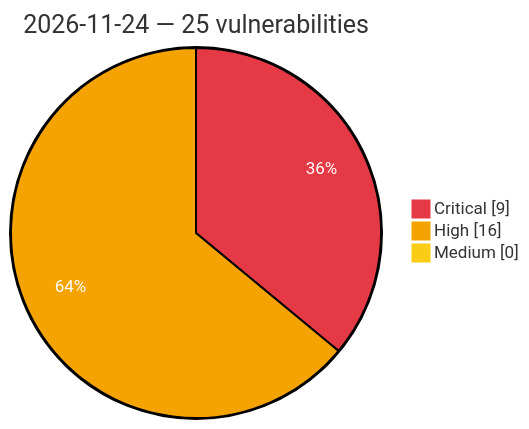
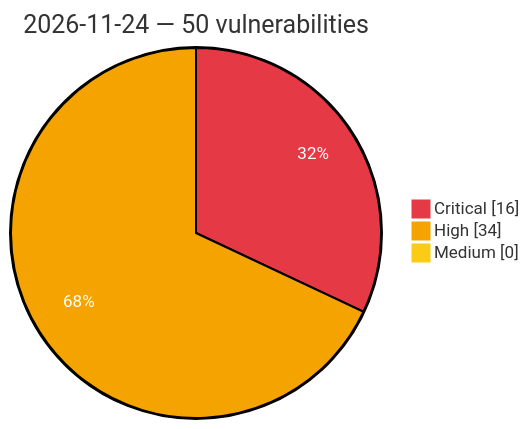
One commit to GhostX0X/vuln-tracker changed the diagram in vulnerabilities/2026/November/2026-11-24.md. Above: the diagram before and after it, drawn with Mermaid. The commit also changed other lines of this file and 5 other files, not shown here.

Commit message:
Auto update: critical/high vulns (2026-11-24 18:22 UTC)

````diff
--- a/vulnerabilities/2026/November/2026-11-24.md
+++ b/vulnerabilities/2026/November/2026-11-24.md
@@ -3,8 +3,8 @@
 ```mermaid
 %%{init: {'theme':'base', 'themeVariables': {'pie1':'#e63946', 'pie2':'#f4a300', 'pie3':'#facc15', 'pieOpacity':'1', 'pieOuterStrokeWidth':'2px', 'pieSectionTextColor':'#ffffff'}}}%%
 pie showData
-    title 2026-11-24 — 25 vulnerabilities
-    "Critical" : 9
-    "High" : 16
+    title 2026-11-24 — 50 vulnerabilities
+    "Critical" : 16
+    "High" : 34
     "Medium" : 0
 ```
````
